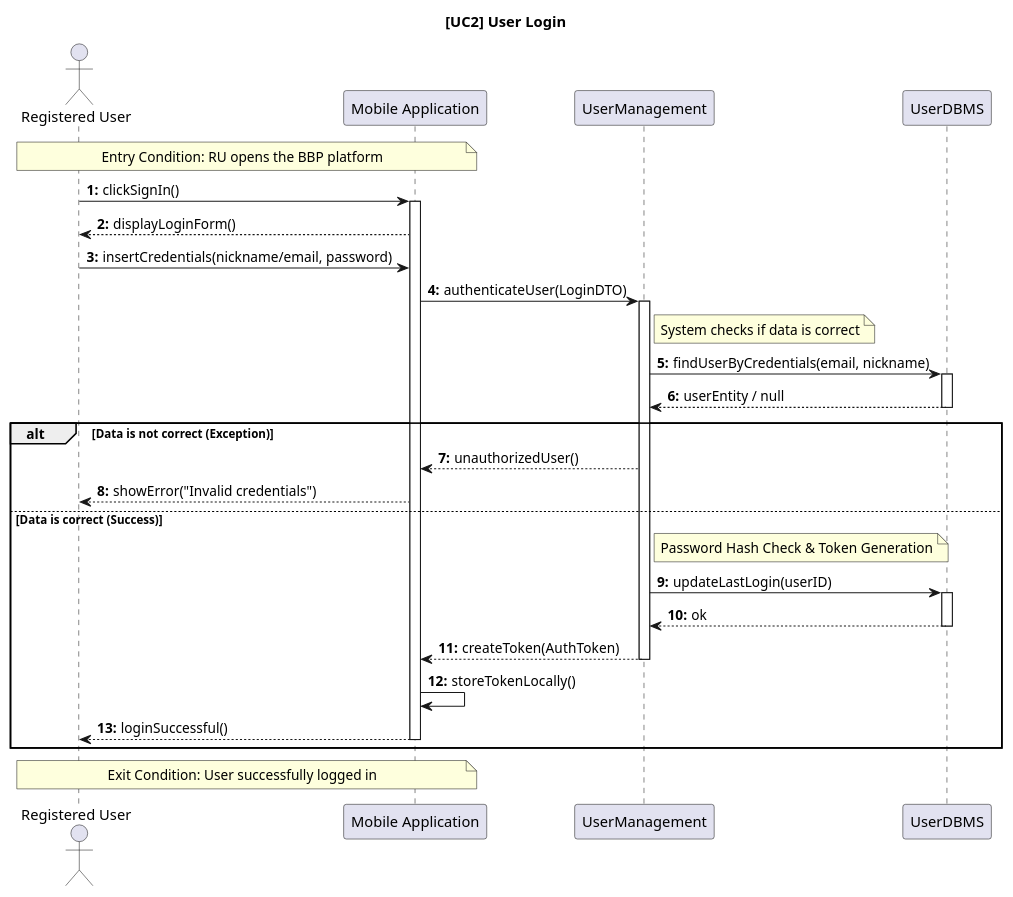
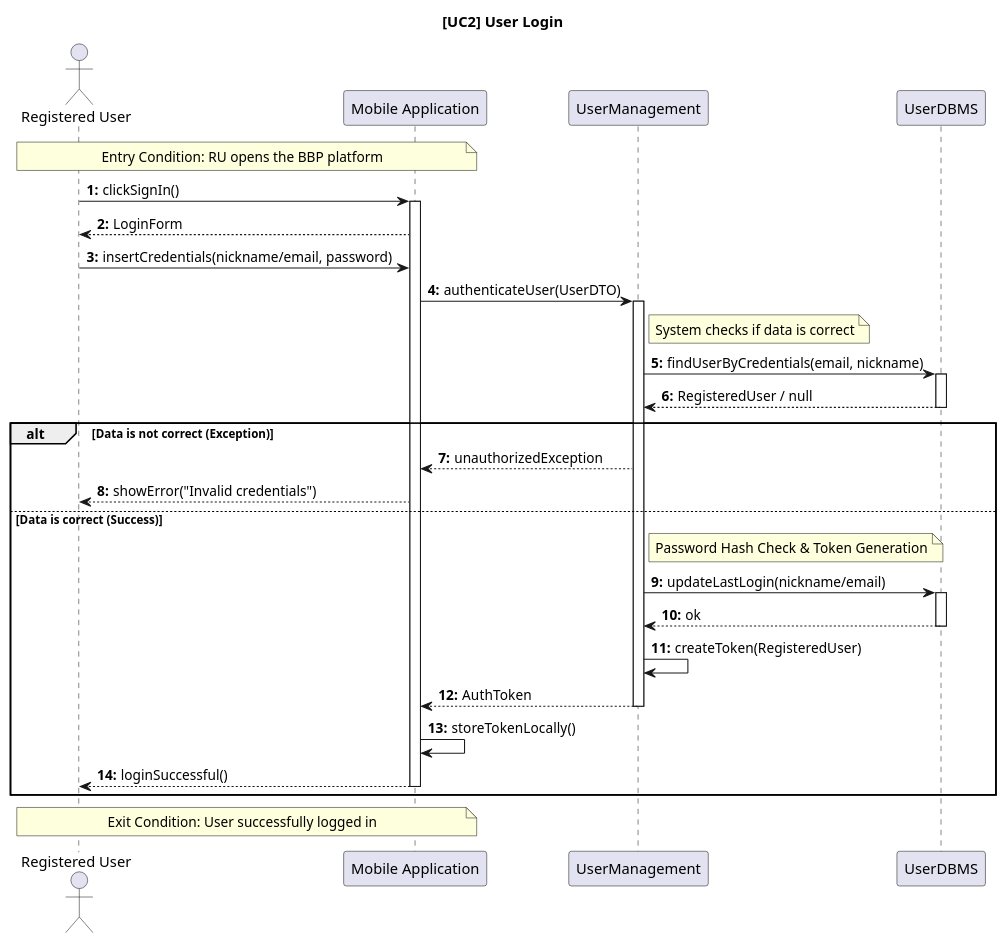
Before and after one commit to ilevinci/RubinoUvinsiVinciguerra: the diagram in DD/sequencediagrams/usecase2.puml, drawn with PlantUML. The commit also changed 8 other files, not shown here.

Commit message:
further refactoring of DD sequence diagrams, more consistency of return values

```diff
--- a/DD/sequencediagrams/usecase2.puml
+++ b/DD/sequencediagrams/usecase2.puml
@@ -1,61 +1,62 @@
 @startuml UC2_UserLogin_Design
 autonumber "<b>0:"
 title [UC2] User Login 
 
 actor "Registered User" as RU
 participant "Mobile Application" as Client
 participant "UserManagement" as Auth
 participant "UserDBMS" as DB
 
 'entry condition
 note over RU, Client: Entry Condition: RU opens the BBP platform
 
 RU -> Client: clickSignIn()
 activate Client
 
-Client --> RU: displayLoginForm()
+Client --> RU: LoginForm
 
 ' Steps (a) and (b): Insertion of credentials
 RU -> Client: insertCredentials(nickname/email, password)
 
-Client -> Auth: authenticateUser(LoginDTO)
+Client -> Auth: authenticateUser(UserDTO)
 activate Auth
 
 ' Step (c): Verification
 ' Il sistema verifica i dati interrogando il DB
 note right of Auth: System checks if data is correct
 Auth -> DB: findUserByCredentials(email, nickname)
 activate DB
-DB --> Auth: userEntity / null
+DB --> Auth: RegisteredUser / null
 deactivate DB
 
 ' Logic: Alternative paths
 alt Data is not correct (Exception)
     ' Return 401 Unauthorized
-    Auth --> Client: unauthorizedUser()
+    Auth --> Client: unauthorizedException
     Client --> RU: showError("Invalid credentials")
 
 else Data is correct (Success)
     ' Logica interna di autenticazione (Hash check & Token generation)
     note right of Auth: Password Hash Check & Token Generation
     
     ' Aggiornamento stato (opzionale ma raccomandato)
-    Auth -> DB: updateLastLogin(userID)
+    Auth -> DB: updateLastLogin(nickname/email)
     activate DB
     DB --> Auth: ok
     deactivate DB
 
     ' Risposta con Token di sessione
-    Auth --> Client: createToken(AuthToken)
+    Auth -> Auth: createToken(RegisteredUser)
+    Auth --> Client: AuthToken
     deactivate Auth
     
     ' Gestione lato client
     Client -> Client: storeTokenLocally()
     Client --> RU: loginSuccessful()
     deactivate Client
 end
 
 'exit condition
 note over RU, Client: Exit Condition: User successfully logged in
 
 @enduml
```
